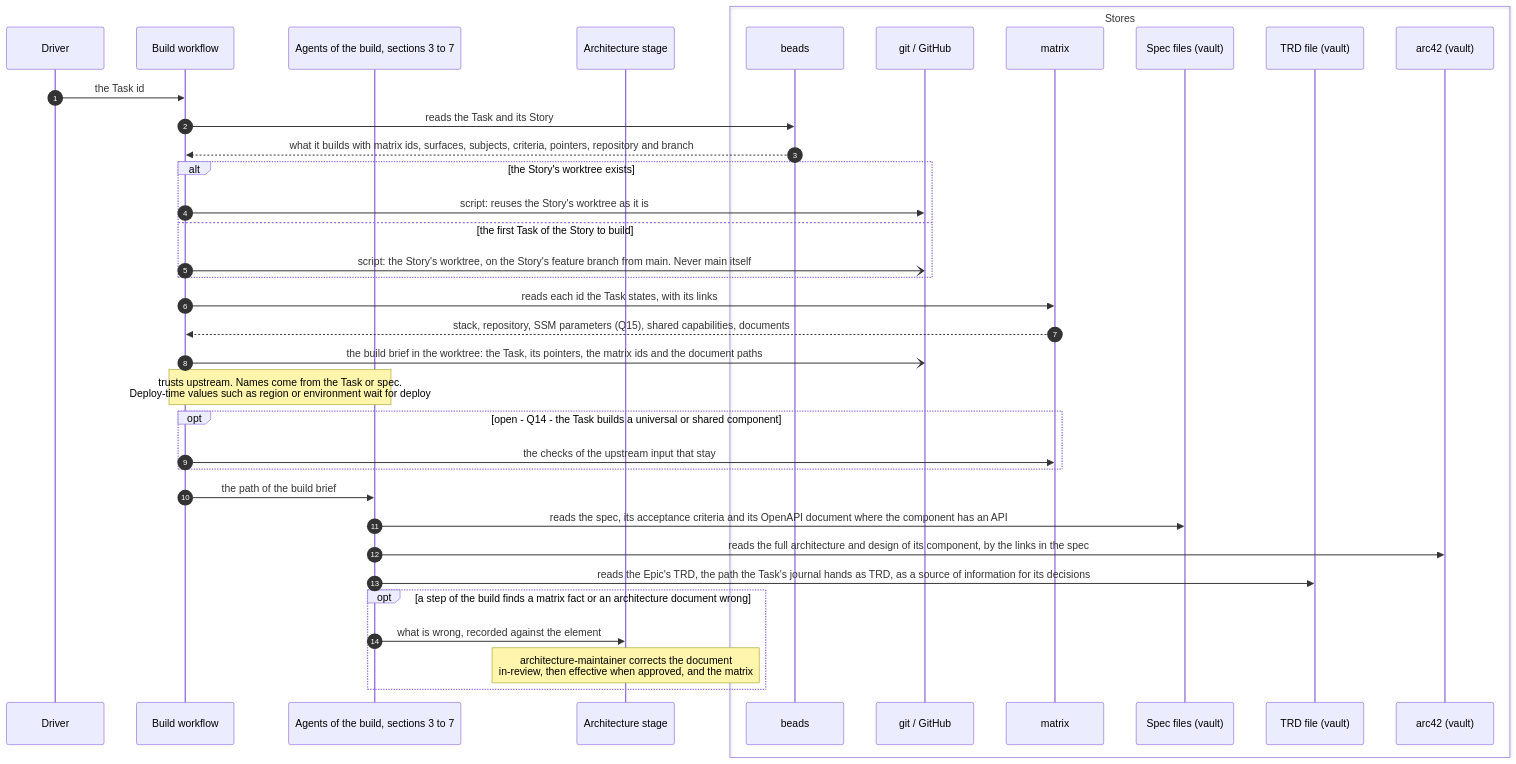
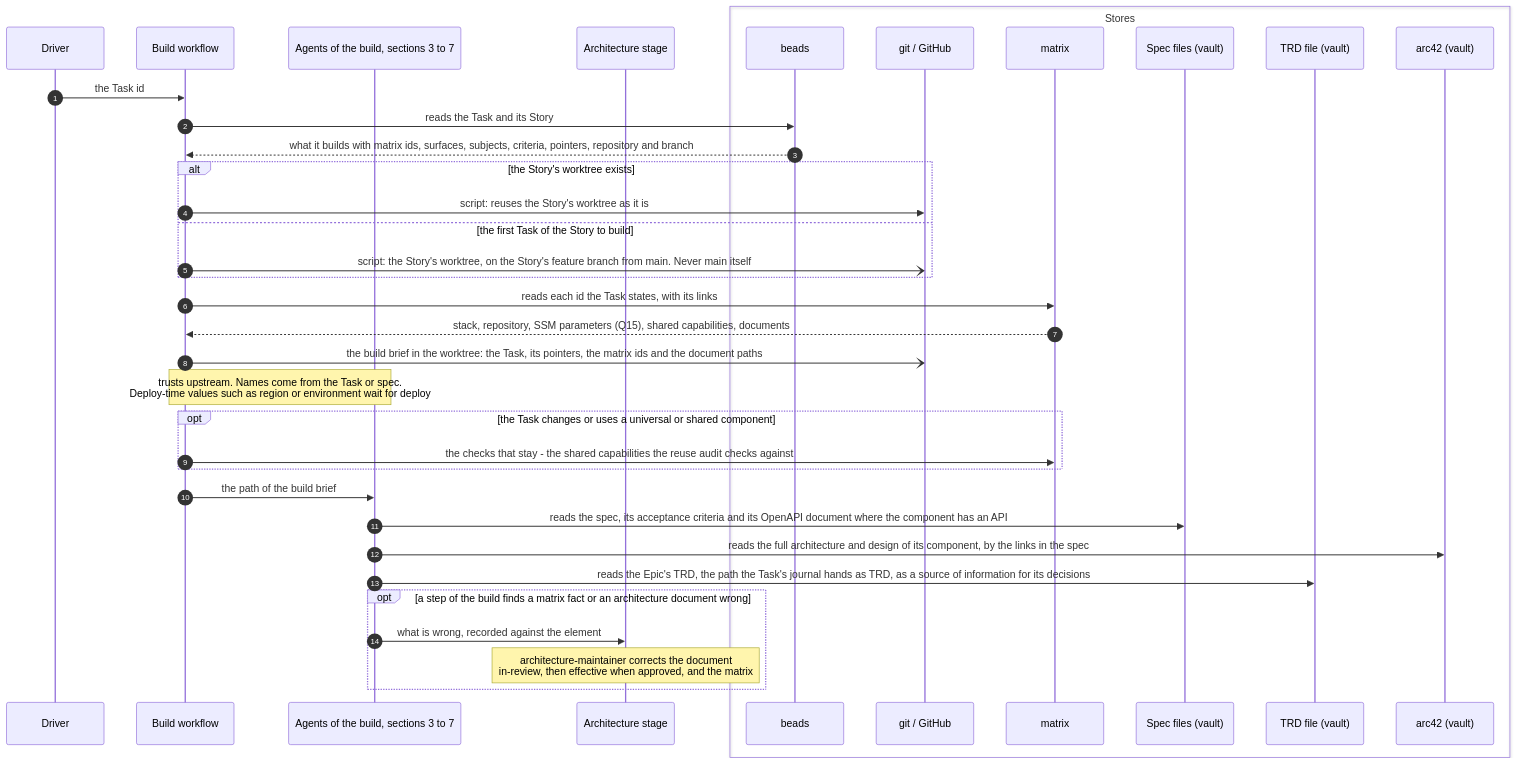
Before and after one commit to mark-satterfield/toolset: the second of 8 diagrams in plugins/agent-teams-workforce/blueprint/design/pipelines-build.md, drawn with Mermaid. The commit also changed other lines of this file and 44 other files, not shown here.

````diff
--- a/plugins/agent-teams-workforce/blueprint/design/pipelines-build.md
+++ b/plugins/agent-teams-workforce/blueprint/design/pipelines-build.md
@@ -177,40 +188,40 @@
 ```mermaid
 sequenceDiagram
     autonumber
     participant DR as Driver
     participant WF as Build workflow
     participant AG as Agents of the build, sections 3 to 7
     participant AR as Architecture stage
     box Stores
         participant BD as beads
         participant G as git / GitHub
         participant MX as matrix
         participant SP as Spec files (vault)
         participant T as TRD file (vault)
         participant A42 as arc42 (vault)
     end
 
     DR->>WF: the Task id
     WF->>BD: reads the Task and its Story
     BD-->>WF: what it builds with matrix ids, surfaces, subjects, criteria, pointers, repository and branch
     alt the Story's worktree exists
         WF->>G: script: reuses the Story's worktree as it is
     else the first Task of the Story to build
         WF-)G: script: the Story's worktree, on the Story's feature branch from main. Never main itself
     end
     WF->>MX: reads each id the Task states, with its links
     MX-->>WF: stack, repository, SSM parameters (Q15), shared capabilities, documents
     WF-)G: the build brief in the worktree: the Task, its pointers, the matrix ids and the document paths
     Note over WF,AG: trusts upstream. Names come from the Task or spec.<br/>Deploy-time values such as region or environment wait for deploy
-    opt open - Q14 - the Task builds a universal or shared component
-        WF->>MX: the checks of the upstream input that stay
+    opt the Task changes or uses a universal or shared component
+        WF->>MX: the checks that stay - the shared capabilities the reuse audit checks against
     end
     WF->>AG: the path of the build brief
     AG->>SP: reads the spec, its acceptance criteria and its OpenAPI document where the component has an API
     AG->>A42: reads the full architecture and design of its component, by the links in the spec
     AG->>T: reads the Epic's TRD, the path the Task's journal hands as TRD, as a source of information for its decisions
     opt a step of the build finds a matrix fact or an architecture document wrong
         AG->>AR: what is wrong, recorded against the element
         Note over AR: architecture-maintainer corrects the document<br/>in-review, then effective when approved, and the matrix
     end
 ```
````
